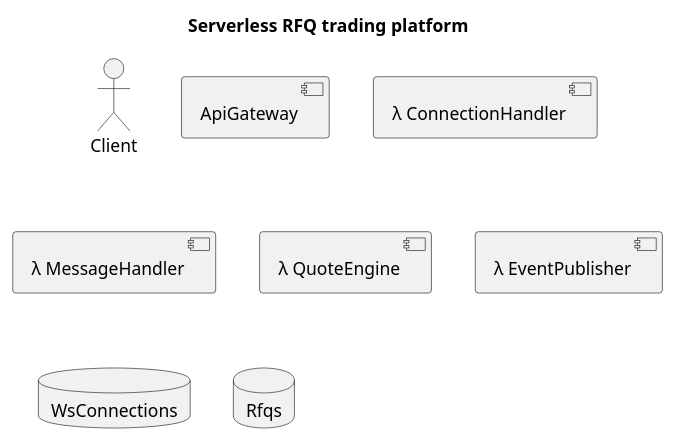
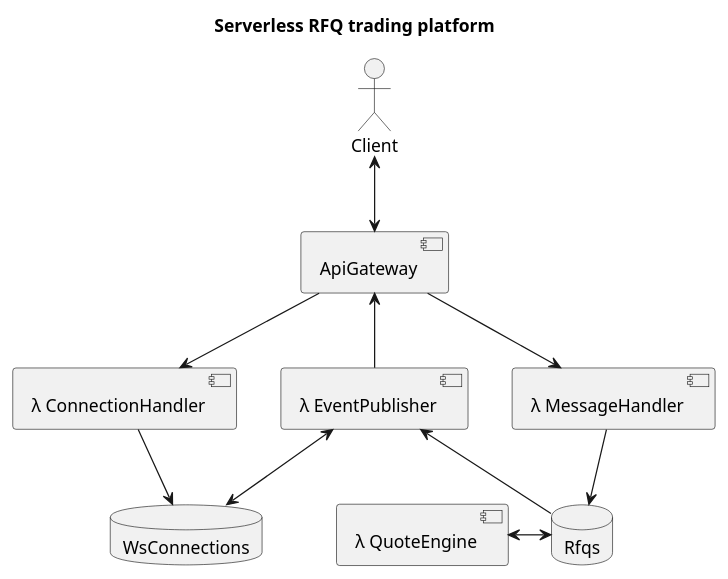
One commit to qooroo/serverless-bb changed the diagram in architecture.puml. Above: the diagram before and after it, drawn with PlantUML. The commit also changed 4 other files, not shown here.

```diff
--- a/architecture.puml
+++ b/architecture.puml
@@ -1,27 +1,27 @@
 @startuml
 
 title Serverless RFQ trading platform
 
 Actor Client as c
 Component ApiGateway as api
 Component "λ ConnectionHandler" as ch
 Component "λ MessageHandler" as mh
 Component "λ QuoteEngine" as q
 Component "λ EventPublisher" as ep
 Database WsConnections as wc
 Database Rfqs as rfqs
 
-' c <--> api
-' api --> ch
-' ch --> wc
+c <--> api
+api --> ch
+ch --> wc
 
-' api --> mh
-' mh --> rfqs
+api --> mh
+mh --> rfqs
 
-' q <-> rfqs
+q <-> rfqs
 
-' ep <-- rfqs
-' ep <--> wc
-' api <-- ep
+ep <-- rfqs
+ep <--> wc
+api <-- ep
 
 @enduml
```
